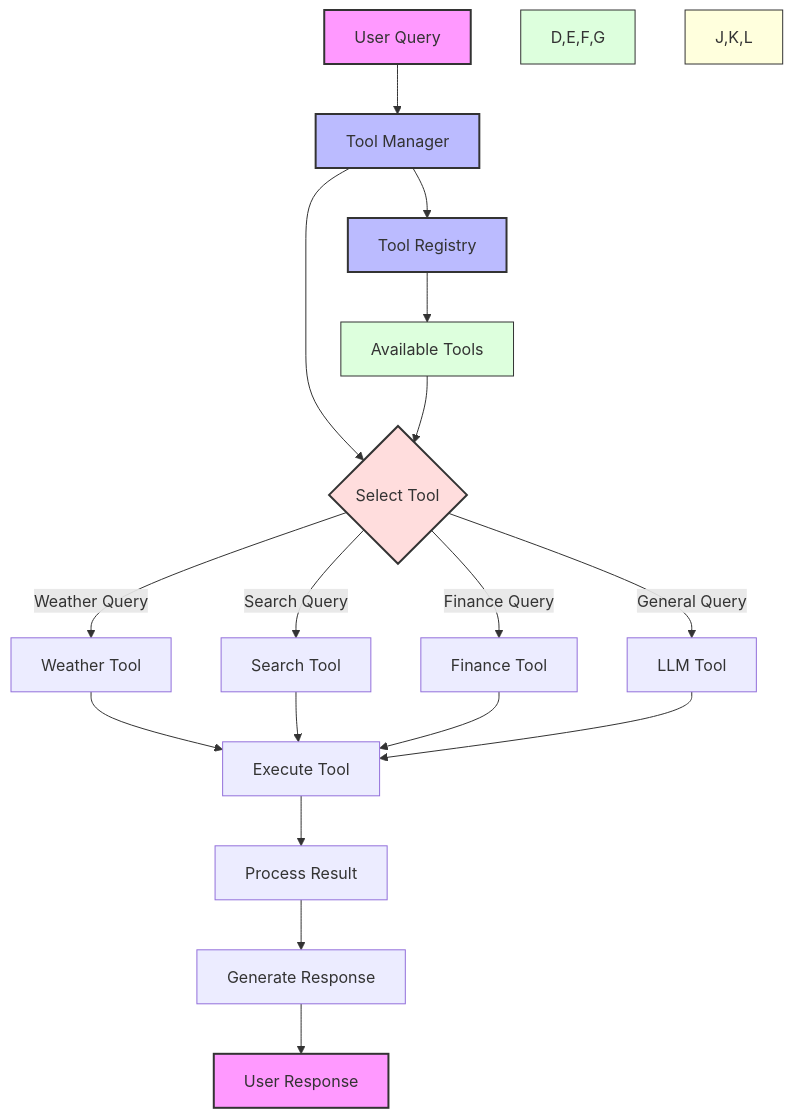
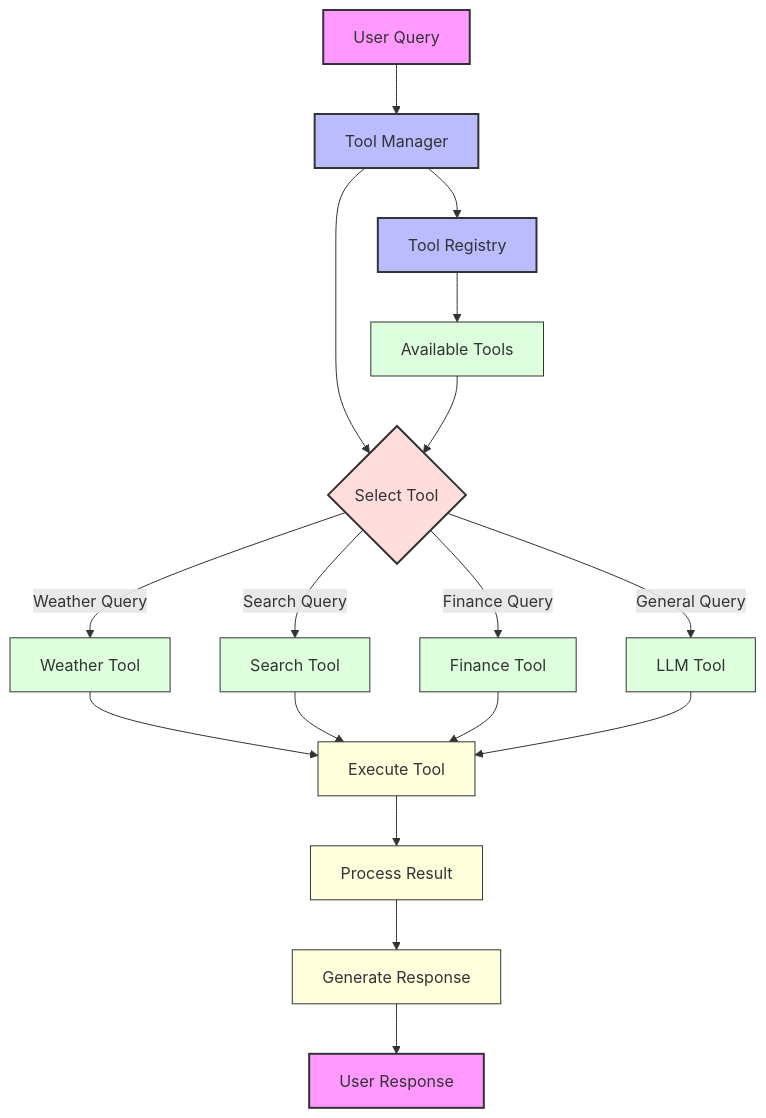
The third of 5 diagrams in module6/diagrams/tool_registry.md (amlanacharya/Agent), drawn with Mermaid before and after one commit. The commit also changed other lines of this file and 2 other files, not shown here.

````diff
--- a/module6/diagrams/tool_registry.md
+++ b/module6/diagrams/tool_registry.md
@@ -65,31 +65,34 @@
 ```mermaid
 flowchart TD
     A[User Query] --> B[Tool Manager]
     B --> C{Select Tool}
 
     C -->|Weather Query| D[Weather Tool]
     C -->|Search Query| E[Search Tool]
     C -->|Finance Query| F[Finance Tool]
     C -->|General Query| G[LLM Tool]
 
     B --> H[Tool Registry]
     H --> I[Available Tools]
     I --> C
 
     D --> J[Execute Tool]
     E --> J
     F --> J
     G --> J
     J --> K[Process Result]
     K --> L[Generate Response]
     L --> M[User Response]
 
-    style A fill:#f9f,stroke:#333,stroke-width:2px
-    style B fill:#bbf,stroke:#333,stroke-width:2px
-    style C fill:#fdd,stroke:#333,stroke-width:2px
-    style D,E,F,G fill:#dfd,stroke:#333,stroke-width:1px
-    style H fill:#bbf,stroke:#333,stroke-width:2px
-    style I fill:#dfd,stroke:#333,stroke-width:1px
-    style J,K,L fill:#ffd,stroke:#333,stroke-width:1px
-    style M fill:#f9f,stroke:#333,stroke-width:2px
+    classDef userNode fill:#f9f,stroke:#333,stroke-width:2px;
+    classDef managerNode fill:#bbf,stroke:#333,stroke-width:2px;
+    classDef decisionNode fill:#fdd,stroke:#333,stroke-width:2px;
+    classDef toolNode fill:#dfd,stroke:#333,stroke-width:1px;
+    classDef processNode fill:#ffd,stroke:#333,stroke-width:1px;
+
+    class A,M userNode;
+    class B,H managerNode;
+    class C decisionNode;
+    class D,E,F,G,I toolNode;
+    class J,K,L processNode;
 ```
````
